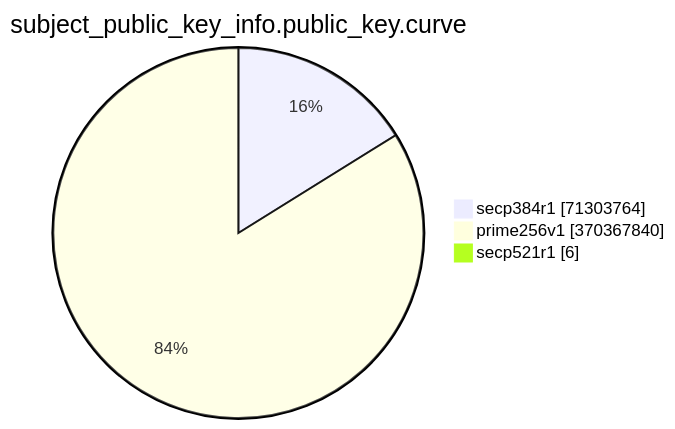
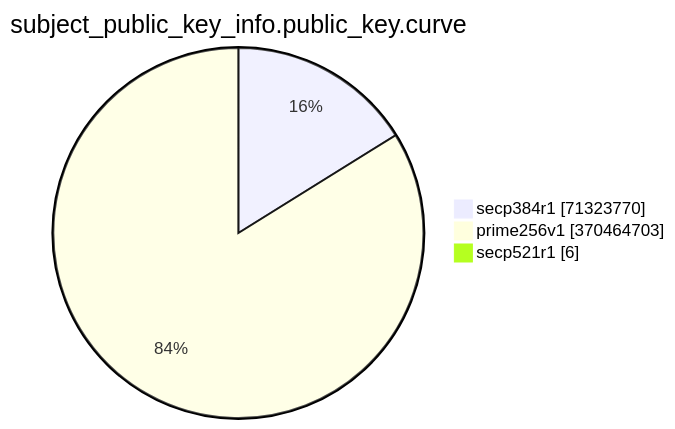
Before and after one commit to christiankrug/ctmonitor_visualization: the eighth of 15 diagrams in TOTAL/README.md, drawn with Mermaid. The commit also changed other lines of this file, not shown here.

````diff
--- a/TOTAL/README.md
+++ b/TOTAL/README.md
@@ -3094,7 +3094,7 @@
 ```mermaid
 pie showData
 title subject_public_key_info.public_key.curve
-"secp384r1" :71303764
-"prime256v1" :370367840
+"secp384r1" :71323770
+"prime256v1" :370464703
 "secp521r1" :6
 ```
````
